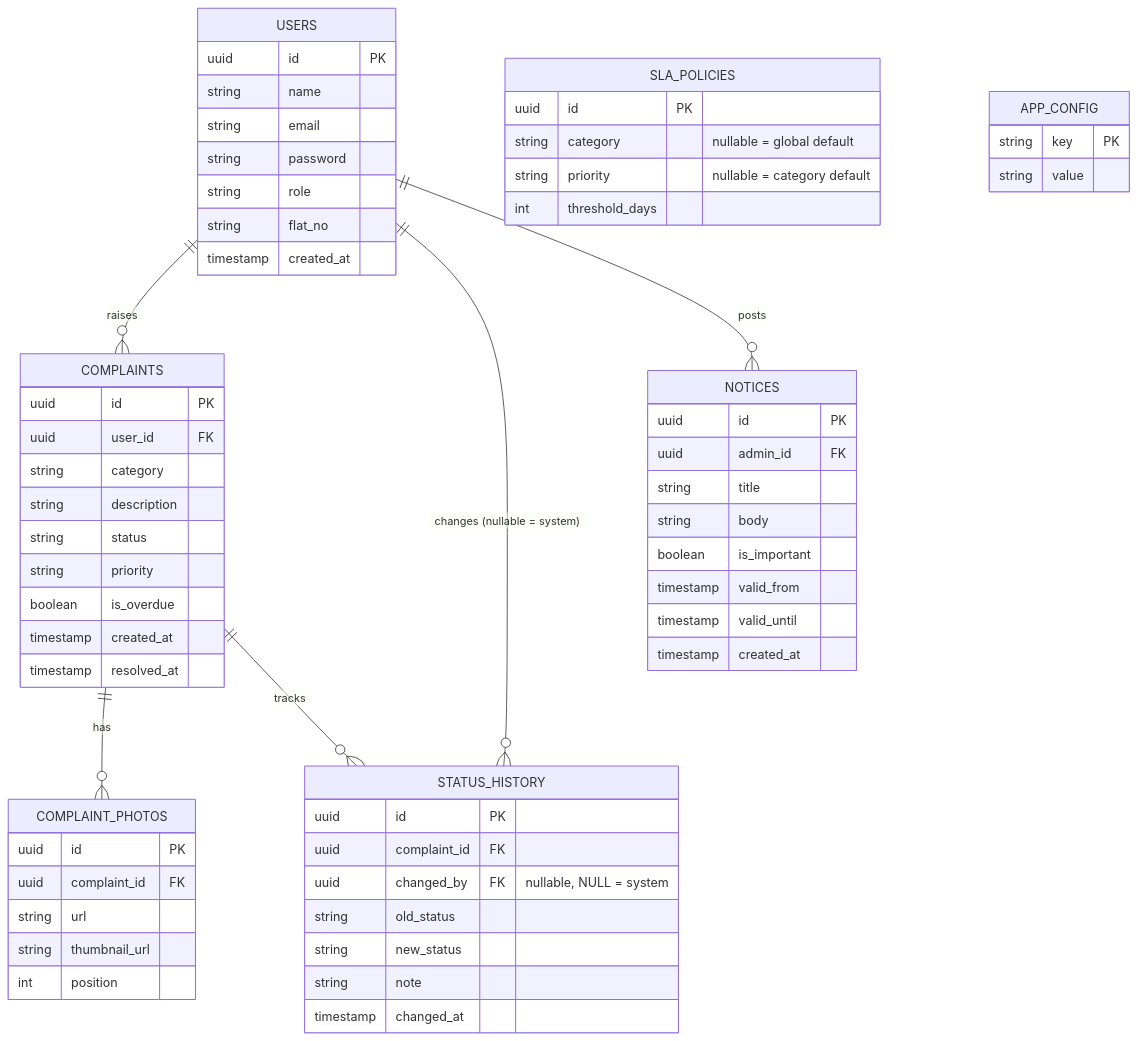
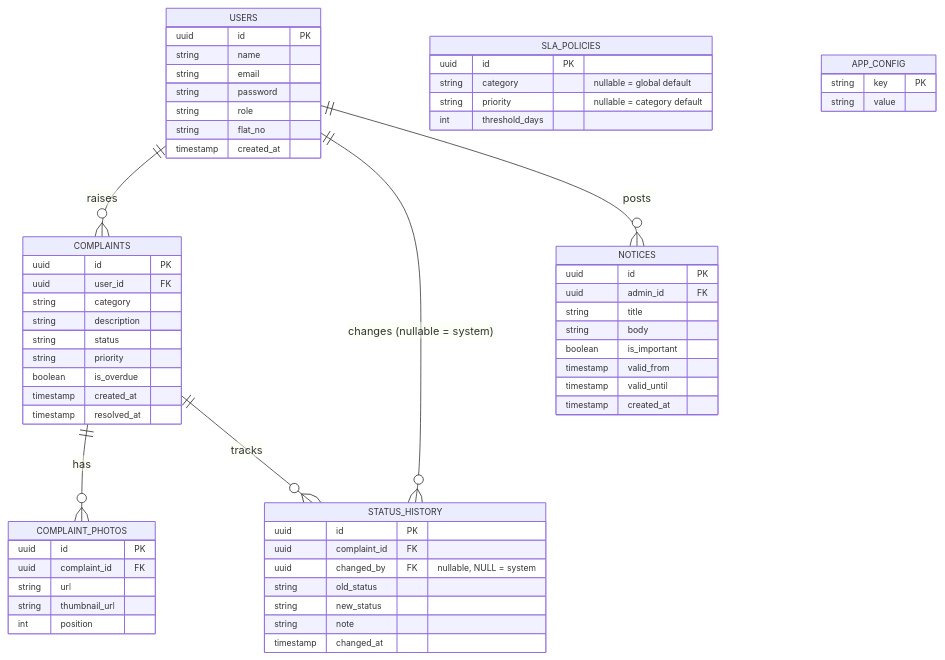
Before and after one commit to Suyash121212/SocietyTrack: the sixth of 8 diagrams in SYSTEM_DESIGN.md, drawn with Mermaid. The commit also changed other lines of this file, not shown here.

````diff
--- a/SYSTEM_DESIGN.md
+++ b/SYSTEM_DESIGN.md
@@ -168,65 +166,66 @@
 ```mermaid
+%%{init: {'themeVariables': {'fontSize': '11px'}, 'er': {'entityPadding': 6, 'minEntityWidth': 90, 'minEntityHeight': 55}}}%%
 erDiagram
     USERS ||--o{ COMPLAINTS : raises
     USERS ||--o{ STATUS_HISTORY : "changes (nullable = system)"
     USERS ||--o{ NOTICES : posts
     COMPLAINTS ||--o{ COMPLAINT_PHOTOS : has
     COMPLAINTS ||--o{ STATUS_HISTORY : tracks
 
     USERS {
         uuid id PK
         string name
         string email
         string password
         string role
         string flat_no
         timestamp created_at
     }
     COMPLAINTS {
         uuid id PK
         uuid user_id FK
         string category
         string description
         string status
         string priority
         boolean is_overdue
         timestamp created_at
         timestamp resolved_at
     }
     COMPLAINT_PHOTOS {
         uuid id PK
         uuid complaint_id FK
         string url
         string thumbnail_url
         int position
     }
     STATUS_HISTORY {
         uuid id PK
         uuid complaint_id FK
         uuid changed_by FK "nullable, NULL = system"
         string old_status
         string new_status
         string note
         timestamp changed_at
     }
     NOTICES {
         uuid id PK
         uuid admin_id FK
         string title
         string body
         boolean is_important
         timestamp valid_from
         timestamp valid_until
         timestamp created_at
     }
     SLA_POLICIES {
         uuid id PK
         string category "nullable = global default"
         string priority "nullable = category default"
         int threshold_days
     }
     APP_CONFIG {
         string key PK
         string value
     }
 ```
````
